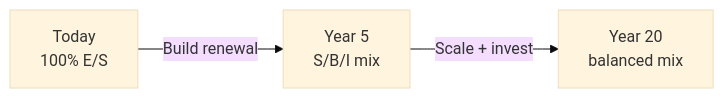
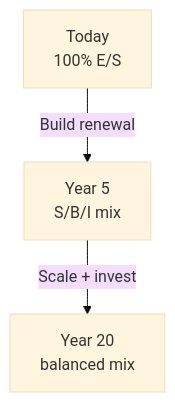
One commit to leotansingapore/aia-product-compass-hub changed the diagram in docs/first-60-days/week-2/day-11.md. Above: the diagram before and after it, drawn with Mermaid (base theme). The commit also changed other lines of this file and 56 other files, not shown here.

Commit message:
Readability pass across first-60-days: styled HTML to tables/diagrams, cleaner formatting, no leaked metadata

````diff
--- a/docs/first-60-days/week-2/day-11.md
+++ b/docs/first-60-days/week-2/day-11.md
@@ -234,4 +166,5 @@
 ```mermaid
-flowchart LR
-    NOW["Today<br/>100% E/S"] -->|"Build renewal"| Y5["Year 5<br/>S/B/I mix"] -->|"Scale + invest"| Y20["Year 20<br/>balanced mix"]
+flowchart TD
+    NOW["Today<br/>100% E/S"] -->|"Build renewal"| Y5["Year 5<br/>S/B/I mix"]
+    Y5 -->|"Scale + invest"| Y20["Year 20<br/>balanced mix"]
 ```
````
